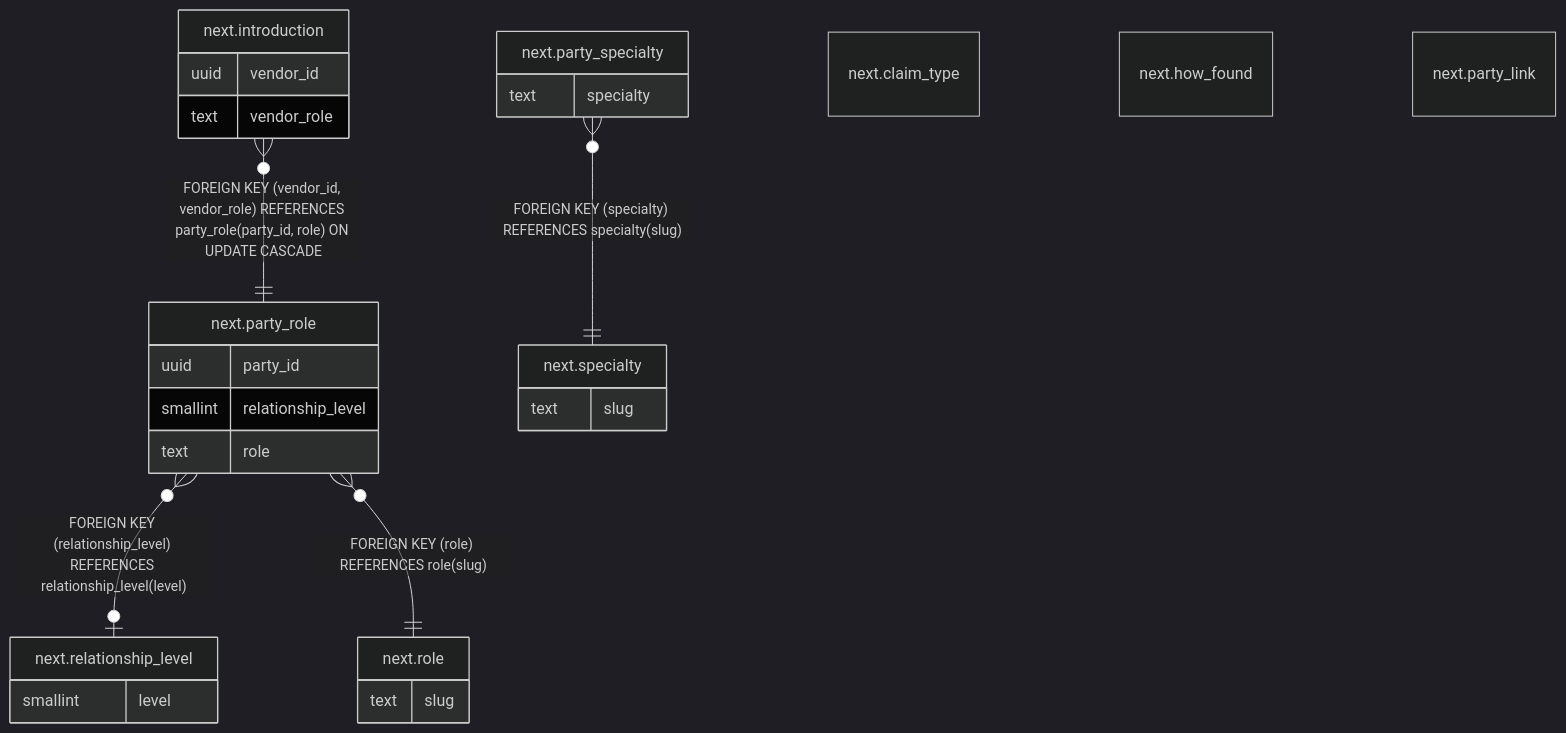
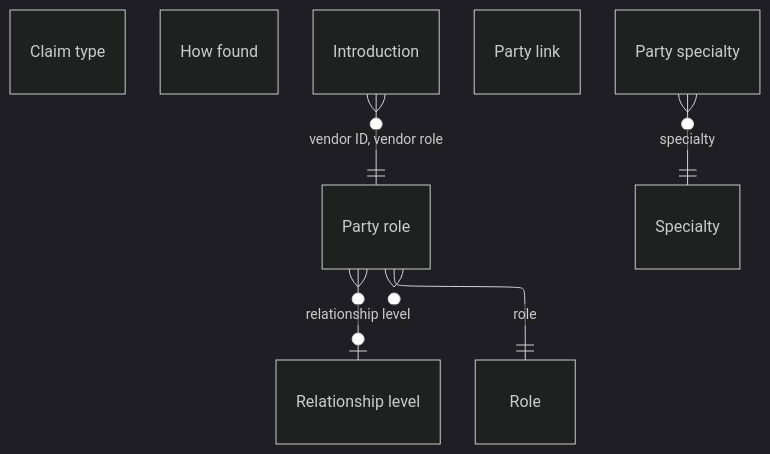
The diagram in docs/database/tables/viewpoint-relationships.md (DoctorCRE/doctorcre-engine), drawn with Mermaid (dark theme) before and after one commit. The commit also changed other lines of this file and 29 other files, not shown here.

````diff
--- a/docs/database/tables/viewpoint-relationships.md
+++ b/docs/database/tables/viewpoint-relationships.md
@@ -23,36 +3,23 @@
 ```mermaid
+---
+config:
+  layout: elk
+  er:
+    nodeSpacing: 22
+    rankSpacing: 44
+---
 erDiagram
-
-"next.introduction" }o--|| "next.party_role" : "FOREIGN KEY (vendor_id, vendor_role) REFERENCES party_role(party_id, role) ON UPDATE CASCADE"
-"next.party_role" }o--o| "next.relationship_level" : "FOREIGN KEY (relationship_level) REFERENCES relationship_level(level)"
-"next.party_role" }o--|| "next.role" : "FOREIGN KEY (role) REFERENCES role(slug)"
-"next.party_specialty" }o--|| "next.specialty" : "FOREIGN KEY (specialty) REFERENCES specialty(slug)"
-
-"next.claim_type" {
-}
-"next.how_found" {
-}
-"next.introduction" {
-  uuid vendor_id
-  text vendor_role
-}
-"next.party_link" {
-}
-"next.party_role" {
-  uuid party_id
-  smallint relationship_level
-  text role
-}
-"next.party_specialty" {
-  text specialty
-}
-"next.relationship_level" {
-  smallint level
-}
-"next.role" {
-  text slug
-}
-"next.specialty" {
-  text slug
-}
+  "Claim type"
+  "How found"
+  "Introduction"
+  "Party link"
+  "Party role"
+  "Party specialty"
+  "Relationship level"
+  "Role"
+  "Specialty"
+  "Introduction" }o--|| "Party role" : "vendor ID, vendor role"
+  "Party role" }o--o| "Relationship level" : "relationship level"
+  "Party role" }o--|| "Role" : "role"
+  "Party specialty" }o--|| "Specialty" : "specialty"
 ```
````
